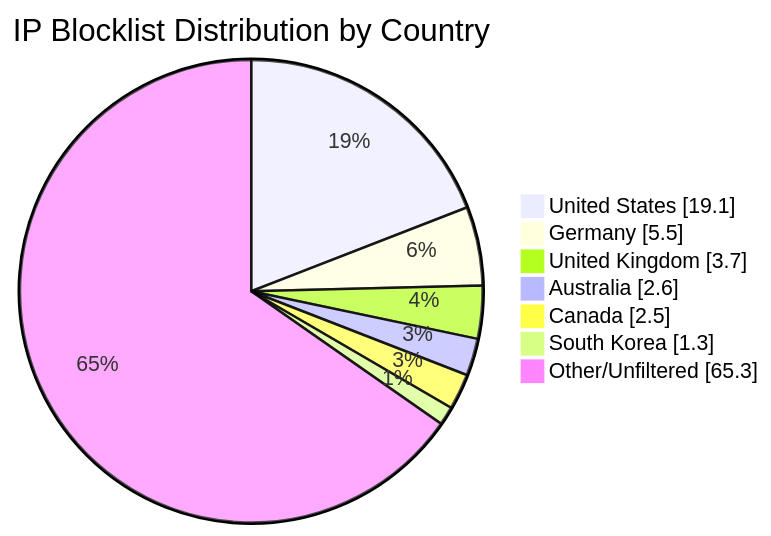
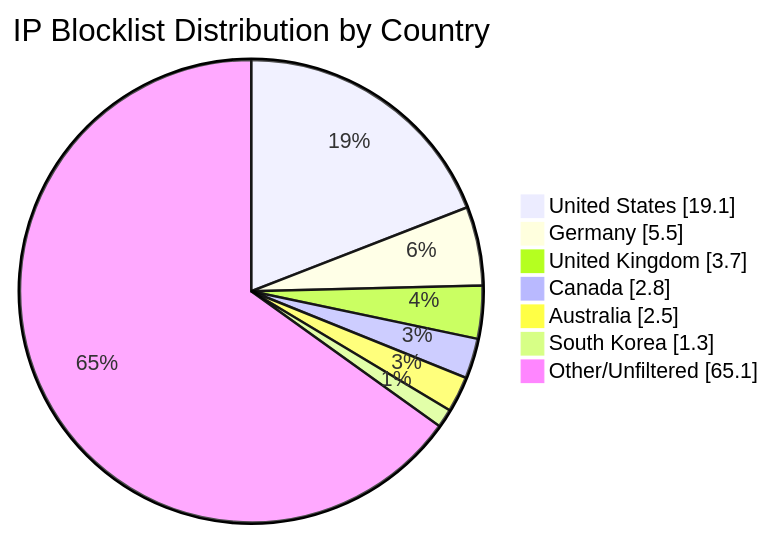
One commit to MarcusHoltz/ipblocklist-geofiltered-aggregator changed the diagram in README.md. Above: the diagram before and after it, drawn with Mermaid. The commit also changed other lines of this file and 9 other files, not shown here.

````diff
--- a/README.md
+++ b/README.md
@@ -34,10 +34,10 @@
 ```mermaid
 pie showData title IP Blocklist Distribution by Country
 "United States" : 19.1
 "Germany" : 5.5
 "United Kingdom" : 3.7
-"Australia" : 2.6
-"Canada" : 2.5
+"Canada" : 2.8
+"Australia" : 2.5
 "South Korea" : 1.3
-"Other/Unfiltered" : 65.3
+"Other/Unfiltered" : 65.1
 ```
````
